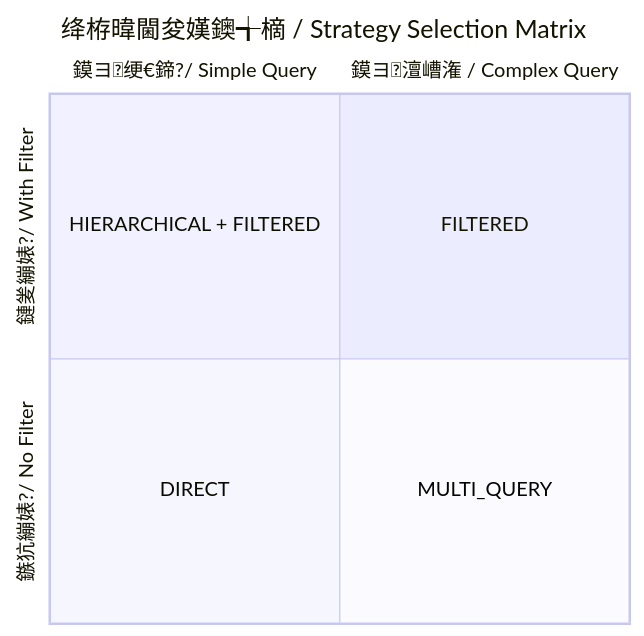
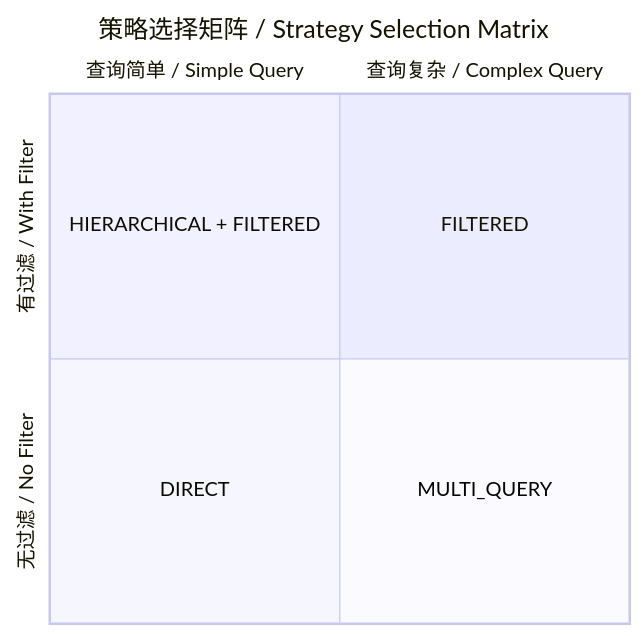
One commit to Thezx-a/LumenDB changed the third of 3 diagrams in deepvector/docs/AGENTICDB.md. Above: the diagram before and after it, drawn with Mermaid. The commit also changed other lines of this file and 91 other files, not shown here.

````diff
--- a/deepvector/docs/AGENTICDB.md
+++ b/deepvector/docs/AGENTICDB.md
@@ -143,10 +143,10 @@
 ```mermaid
 quadrantChart
-    title 绛栫暐閫夋嫨鐭╅樀 / Strategy Selection Matrix
-    x-axis "鏌ヨ绠€鍗?/ Simple Query" --> "鏌ヨ澶嶆潅 / Complex Query"
-    y-axis "鏃犺繃婊?/ No Filter" --> "鏈夎繃婊?/ With Filter"
+    title 策略选择矩阵 / Strategy Selection Matrix
+    x-axis "查询简单 / Simple Query" --> "查询复杂 / Complex Query"
+    y-axis "无过滤 / No Filter" --> "有过滤 / With Filter"
     quadrant-1 "FILTERED"
     quadrant-2 "HIERARCHICAL + FILTERED"
     quadrant-3 "DIRECT"
     quadrant-4 "MULTI_QUERY"
 ```
````
